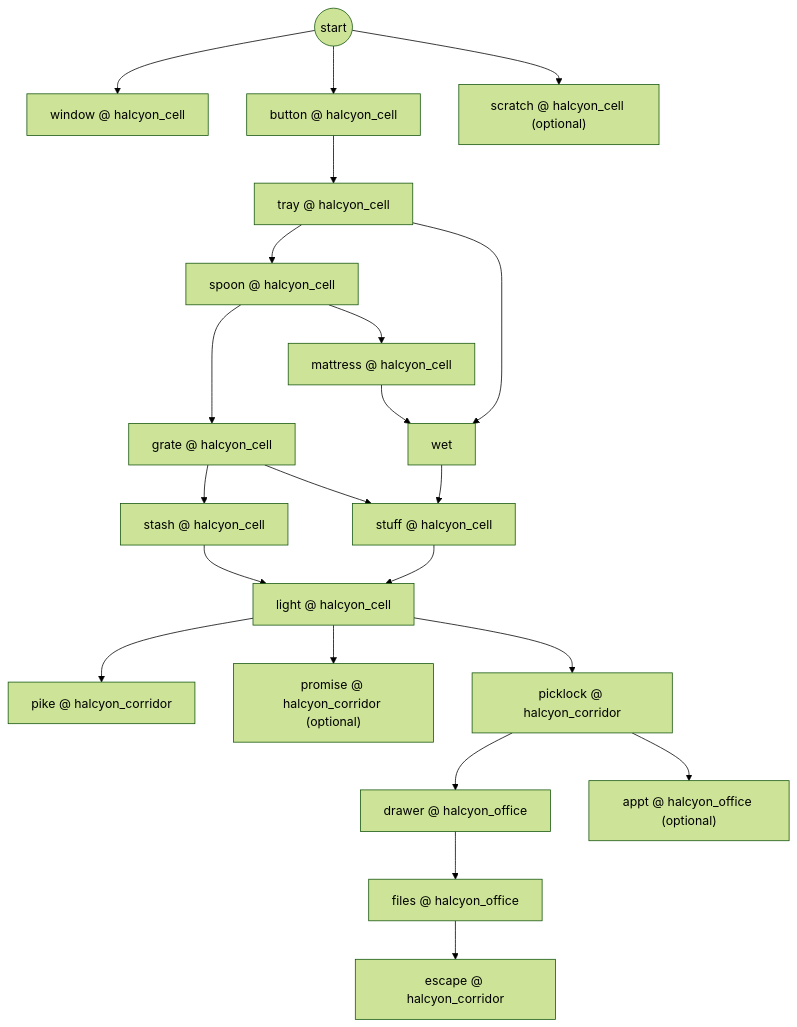
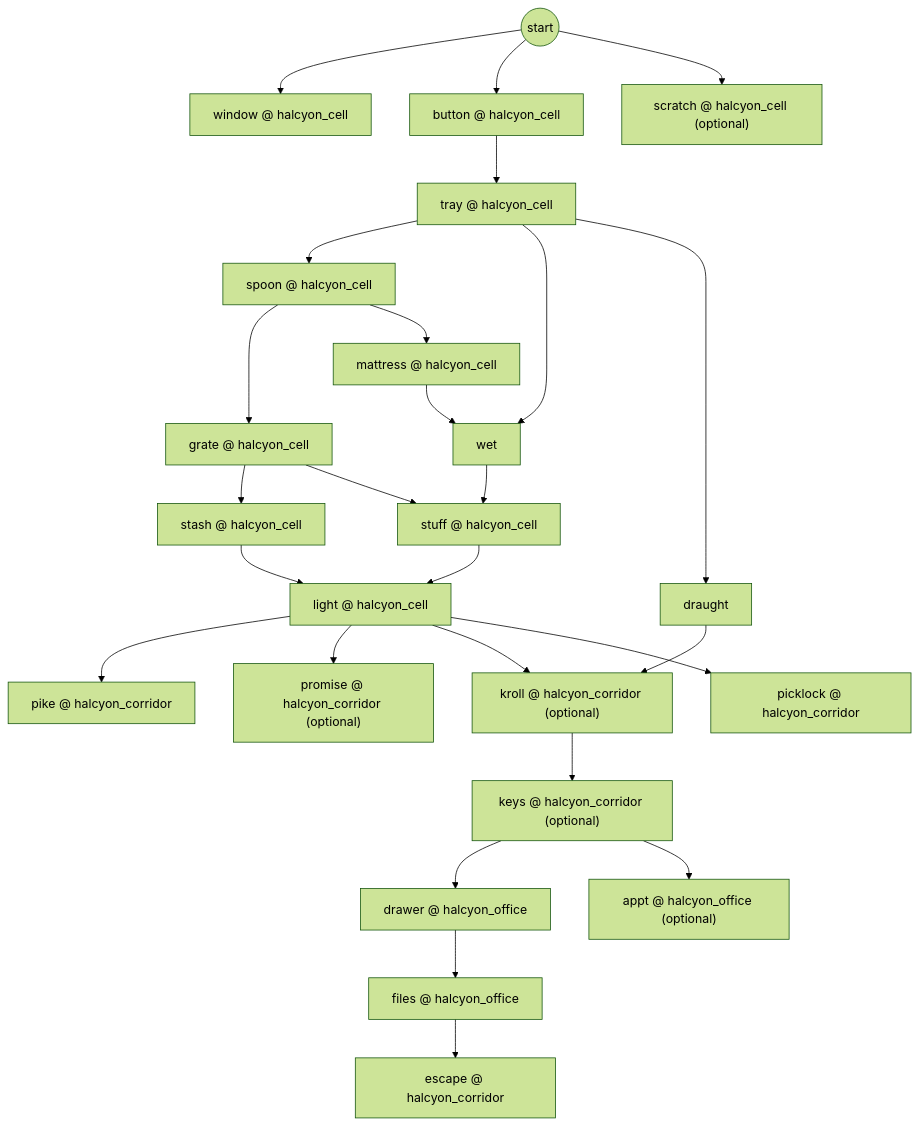
The fourth of 8 diagrams in nightlatch/docs/PUZZLE_GRAPH.md (GasPhil1968/kolo-srece), drawn with Mermaid (forest theme) before and after one commit. The commit also changed other lines of this file and 13 other files, not shown here.

First line of the commit message:
Chapter 4: a sleeping draught and the orderly's keys

````diff
--- a/nightlatch/docs/PUZZLE_GRAPH.md
+++ b/nightlatch/docs/PUZZLE_GRAPH.md
@@ -280,43 +280,50 @@
 ```mermaid
 flowchart TD
   start4((start))
   c4_window["window @ halcyon_cell"]
   c4_button["button @ halcyon_cell"]
   c4_tray["tray @ halcyon_cell"]
   c4_spoon["spoon @ halcyon_cell"]
   c4_grate["grate @ halcyon_cell"]
   c4_stash["stash @ halcyon_cell"]
   c4_mattress["mattress @ halcyon_cell"]
   c4_wet["wet"]
   c4_stuff["stuff @ halcyon_cell"]
   c4_light["light @ halcyon_cell"]
   c4_scratch["scratch @ halcyon_cell (optional)"]
   c4_pike["pike @ halcyon_corridor"]
   c4_promise["promise @ halcyon_corridor (optional)"]
+  c4_draught["draught"]
+  c4_kroll["kroll @ halcyon_corridor (optional)"]
+  c4_keys["keys @ halcyon_corridor (optional)"]
   c4_picklock["picklock @ halcyon_corridor"]
   c4_drawer["drawer @ halcyon_office"]
   c4_files["files @ halcyon_office"]
   c4_appt["appt @ halcyon_office (optional)"]
   c4_escape["escape @ halcyon_corridor"]
   start4 --> c4_window
   start4 --> c4_button
   c4_button --> c4_tray
   c4_tray --> c4_spoon
   c4_spoon --> c4_grate
   c4_grate --> c4_stash
   c4_spoon --> c4_mattress
   c4_mattress --> c4_wet
   c4_tray --> c4_wet
   c4_wet --> c4_stuff
   c4_grate --> c4_stuff
   c4_stuff --> c4_light
   c4_stash --> c4_light
   start4 --> c4_scratch
   c4_light --> c4_pike
   c4_light --> c4_promise
+  c4_tray --> c4_draught
+  c4_draught --> c4_kroll
+  c4_light --> c4_kroll
+  c4_kroll --> c4_keys
   c4_light --> c4_picklock
-  c4_picklock --> c4_drawer
+  c4_keys --> c4_drawer
   c4_drawer --> c4_files
-  c4_picklock --> c4_appt
+  c4_keys --> c4_appt
   c4_files --> c4_escape
 ```
````
